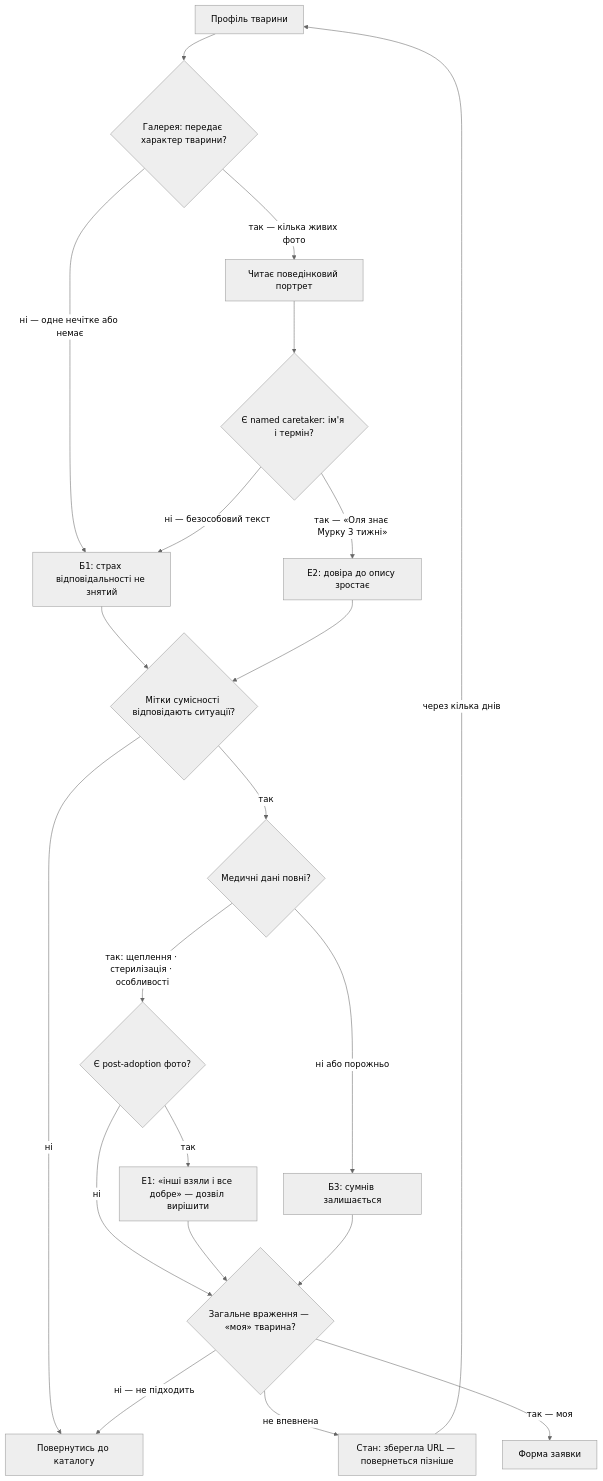
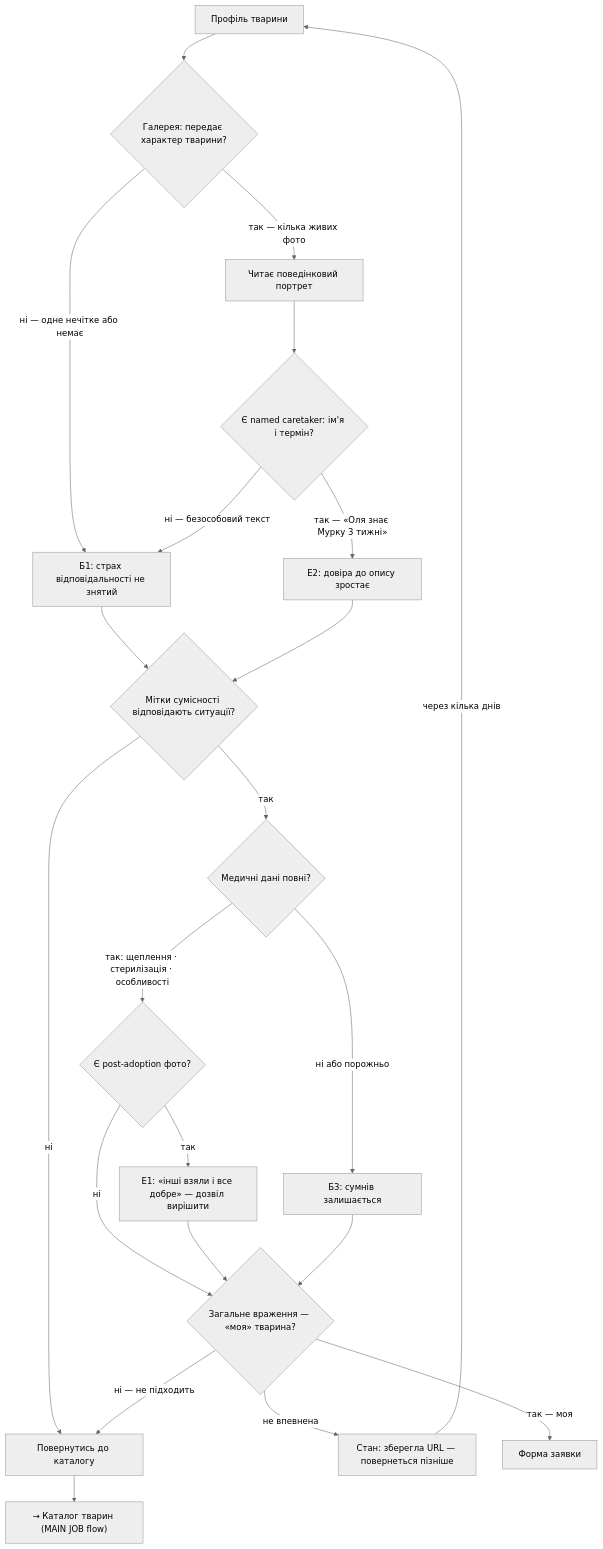
One commit to yuliabokova/prytulok changed the third of 5 diagrams in flows.md. Above: the diagram before and after it, drawn with Mermaid (neutral theme). The commit also changed other lines of this file and 1 other file, not shown here.

First line of the commit message:
ux: audit fixes — dead ends, missing states, S2 flow added

````diff
--- a/flows.md
+++ b/flows.md
@@ -100,29 +106,30 @@
 ```mermaid
 flowchart TD
     ProfEntry["Профіль тварини"] --> PhotoQ{"Галерея: передає характер тварини?"}
     PhotoQ -->|"ні — одне нечітке або немає"| LowTrust["Б1: страх відповідальності не знятий"]
     PhotoQ -->|"так — кілька живих фото"| ReadDesc["Читає поведінковий портрет"]
 
     ReadDesc --> CaretakerQ{"Є named caretaker: ім'я і термін?"}
     CaretakerQ -->|"ні — безособовий текст"| LowTrust
     CaretakerQ -->|"так — «Оля знає Мурку 3 тижні»"| TrustRise["E2: довіра до опису зростає"]
 
     LowTrust --> CompatQ{"Мітки сумісності відповідають ситуації?"}
     TrustRise --> CompatQ
 
     CompatQ -->|"ні"| BackCat["Повернутись до каталогу"]
     CompatQ -->|"так"| MedQ{"Медичні дані повні?"}
 
     MedQ -->|"ні або порожньо"| Concern["Б3: сумнів залишається"]
     MedQ -->|"так: щеплення · стерилізація · особливості"| PostQ{"Є post-adoption фото?"}
 
     PostQ -->|"ні"| DecideQ{"Загальне враження — «моя» тварина?"}
     PostQ -->|"так"| E1Trigger["E1: «інші взяли і все добре» — дозвіл вирішити"]
     E1Trigger --> DecideQ
     Concern --> DecideQ
 
     DecideQ -->|"ні — не підходить"| BackCat
+    BackCat --> CatRef["→ Каталог тварин (MAIN JOB flow)"]
     DecideQ -->|"не впевнена"| URLSave["Стан: зберегла URL — повернеться пізніше"]
     URLSave -->|"через кілька днів"| ProfEntry
     DecideQ -->|"так — моя"| FormEntry["Форма заявки"]
 ```
````
